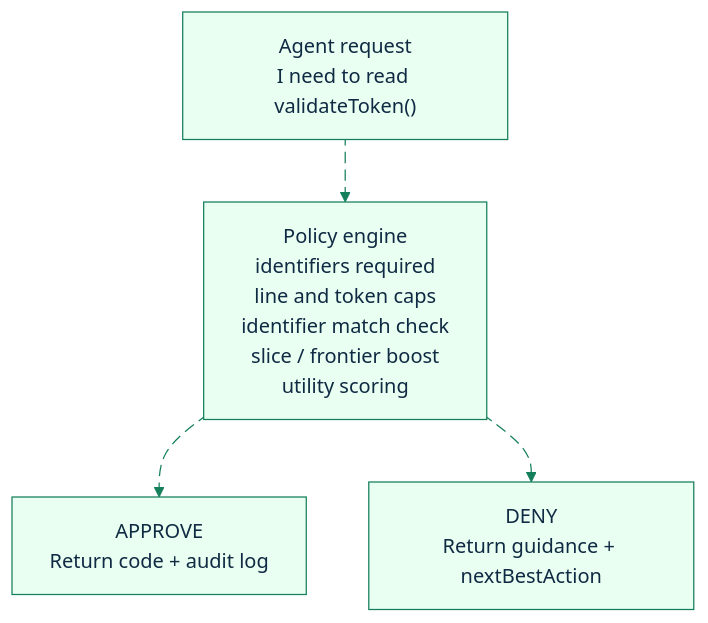
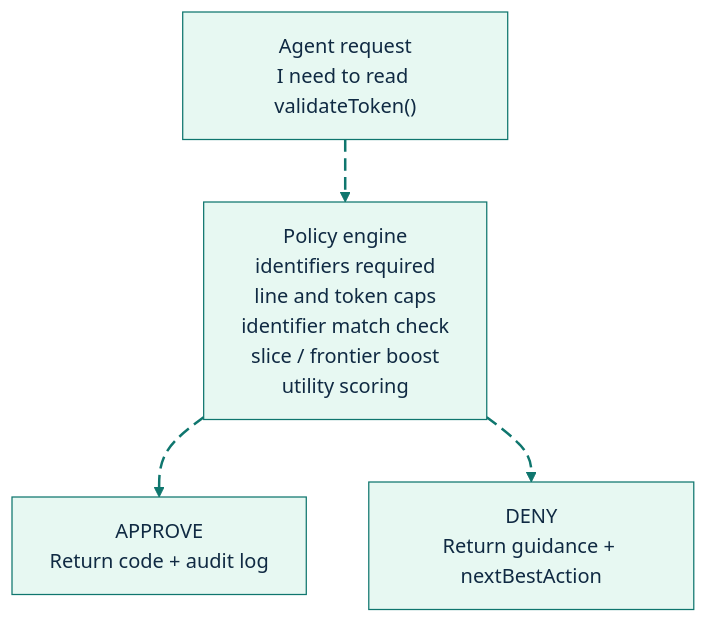
Before and after one commit to GlitterKill/sdl-mcp: the first of 2 diagrams in docs/feature-deep-dives/governance-policy.md, drawn with Mermaid. The commit also changed other lines of this file and 33 other files, not shown here.

First line of the commit message:
docs: update mermaid diagram themes and styling across documentation

````diff
--- a/docs/feature-deep-dives/governance-policy.md
+++ b/docs/feature-deep-dives/governance-policy.md
@@ -17,15 +17,21 @@
 ```mermaid
-%%{init: {"theme":"base","themeVariables":{"primaryColor":"#e8fff1","primaryBorderColor":"#157f5b","primaryTextColor":"#102a43","secondaryColor":"#eef6ff","secondaryBorderColor":"#2563eb","tertiaryColor":"#fff4d6","tertiaryBorderColor":"#b45309","lineColor":"#157f5b","fontFamily":"Trebuchet MS, Arial"},"flowchart":{"curve":"basis"}}}%%
+%%{init: {"theme":"base","themeVariables":{"background":"#ffffff","primaryColor":"#E7F8F2","primaryBorderColor":"#0F766E","primaryTextColor":"#102A43","secondaryColor":"#E8F1FF","secondaryBorderColor":"#2563EB","secondaryTextColor":"#102A43","tertiaryColor":"#FFF4D6","tertiaryBorderColor":"#B45309","tertiaryTextColor":"#102A43","lineColor":"#0F766E","textColor":"#102A43","fontFamily":"Inter, ui-sans-serif, system-ui, -apple-system, BlinkMacSystemFont, Segoe UI, sans-serif"},"flowchart":{"curve":"basis","htmlLabels":true}}}%%
 flowchart TD
     Req["Agent request<br/>I need to read validateToken()"]
     Policy["Policy engine<br/>identifiers required<br/>line and token caps<br/>identifier match check<br/>slice / frontier boost<br/>utility scoring"]
     Approve["APPROVE<br/>Return code + audit log"]
     Deny["DENY<br/>Return guidance + nextBestAction"]
 
     Req e1@--> Policy
     Policy e2@--> Approve
     Policy e3@--> Deny
 
-    classDef animate stroke-dasharray: 9\,5,stroke-dashoffset: 900,animation: dash 25s linear infinite;
-    class e1,e2,e3 animate
+    classDef source fill:#E7F8F2,stroke:#0F766E,stroke-width:2px,color:#102A43;
+    classDef process fill:#E8F1FF,stroke:#2563EB,stroke-width:2px,color:#102A43;
+    classDef decision fill:#FFF4D6,stroke:#B45309,stroke-width:2px,color:#102A43;
+    classDef storage fill:#F2E8FF,stroke:#7C3AED,stroke-width:2px,color:#102A43;
+    classDef output fill:#FFE8EF,stroke:#BE123C,stroke-width:2px,color:#102A43;
+    classDef muted fill:#F8FAFC,stroke:#64748B,stroke-width:1px,color:#102A43;
+    classDef animate stroke:#0F766E,stroke-width:2px,stroke-dasharray:10\,5,stroke-dashoffset:900,animation:dash 22s linear infinite;
+    class e1,e2,e3 animate;
 ```
````
